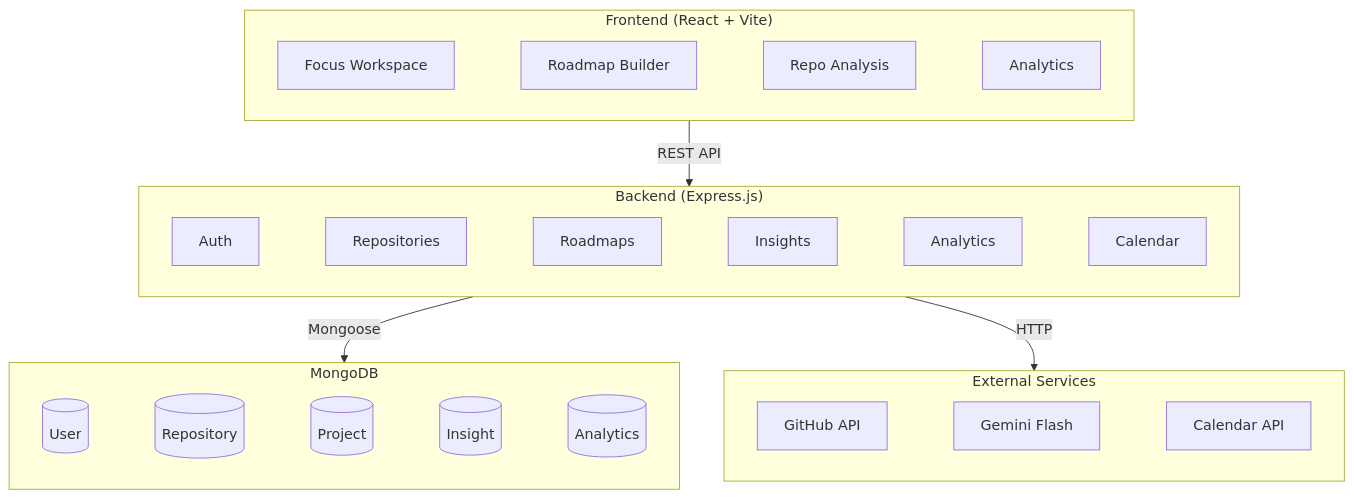
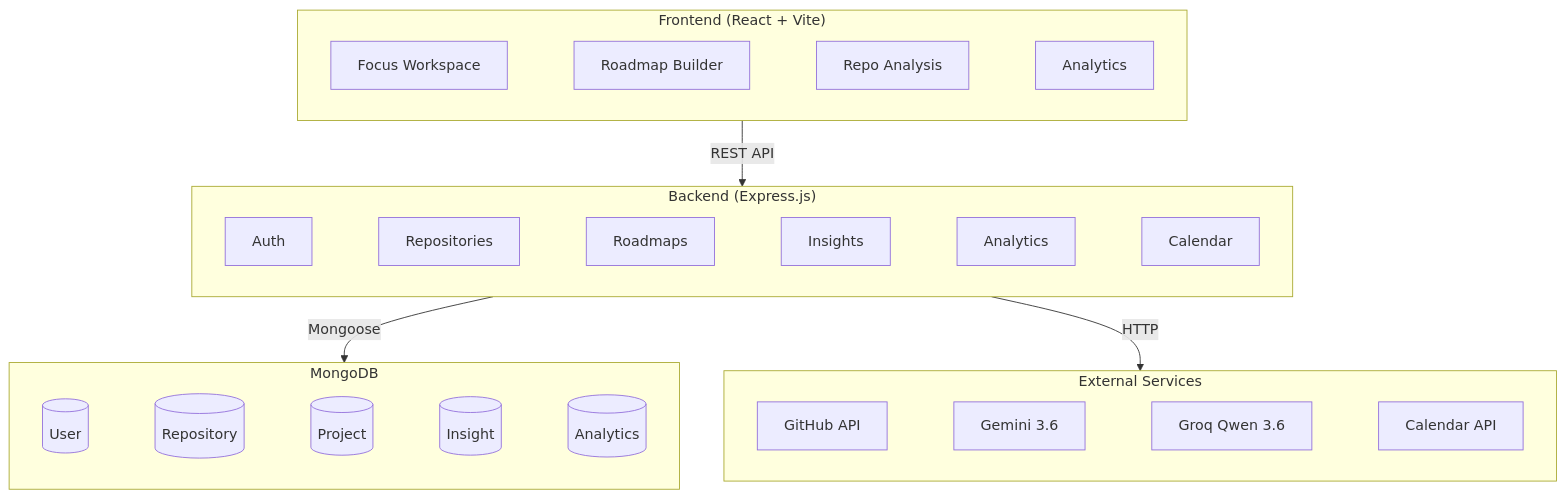
Before and after one commit to humaisali/GitMentor: the diagram in README.md, drawn with Mermaid. The commit also changed other lines of this file, not shown here.

First line of the commit message:
Update README: add Groq/Qwen and AI failover

````diff
--- a/README.md
+++ b/README.md
@@ -194,27 +195,27 @@
 ```mermaid
 graph TB
 
     subgraph Client["Frontend (React + Vite)"]
         direction LR
         FW["Focus Workspace"] ~~~ RB["Roadmap Builder"] ~~~ RA["Repo Analysis"] ~~~ AG["Analytics"]
     end
 
     subgraph Server["Backend (Express.js)"]
         direction LR
         AC["Auth"] ~~~ RC["Repositories"] ~~~ RMC["Roadmaps"] ~~~ IC["Insights"] ~~~ ANC["Analytics"] ~~~ CC["Calendar"]
     end
 
     subgraph DB["MongoDB"]
         direction LR
         U[("User")] ~~~ R[("Repository")] ~~~ P[("Project")] ~~~ I[("Insight")] ~~~ A[("Analytics")]
     end
 
     subgraph Ext["External Services"]
         direction LR
-        GH["GitHub API"] ~~~ GM["Gemini Flash"] ~~~ GC["Calendar API"]
+        GH["GitHub API"] ~~~ GM["Gemini 3.6"] ~~~ GQ["Groq Qwen 3.6"] ~~~ GC["Calendar API"]
     end
 
     Client -- "REST API" --> Server
     Server -- "Mongoose" --> DB
     Server -- "HTTP" --> Ext
 ```
````
